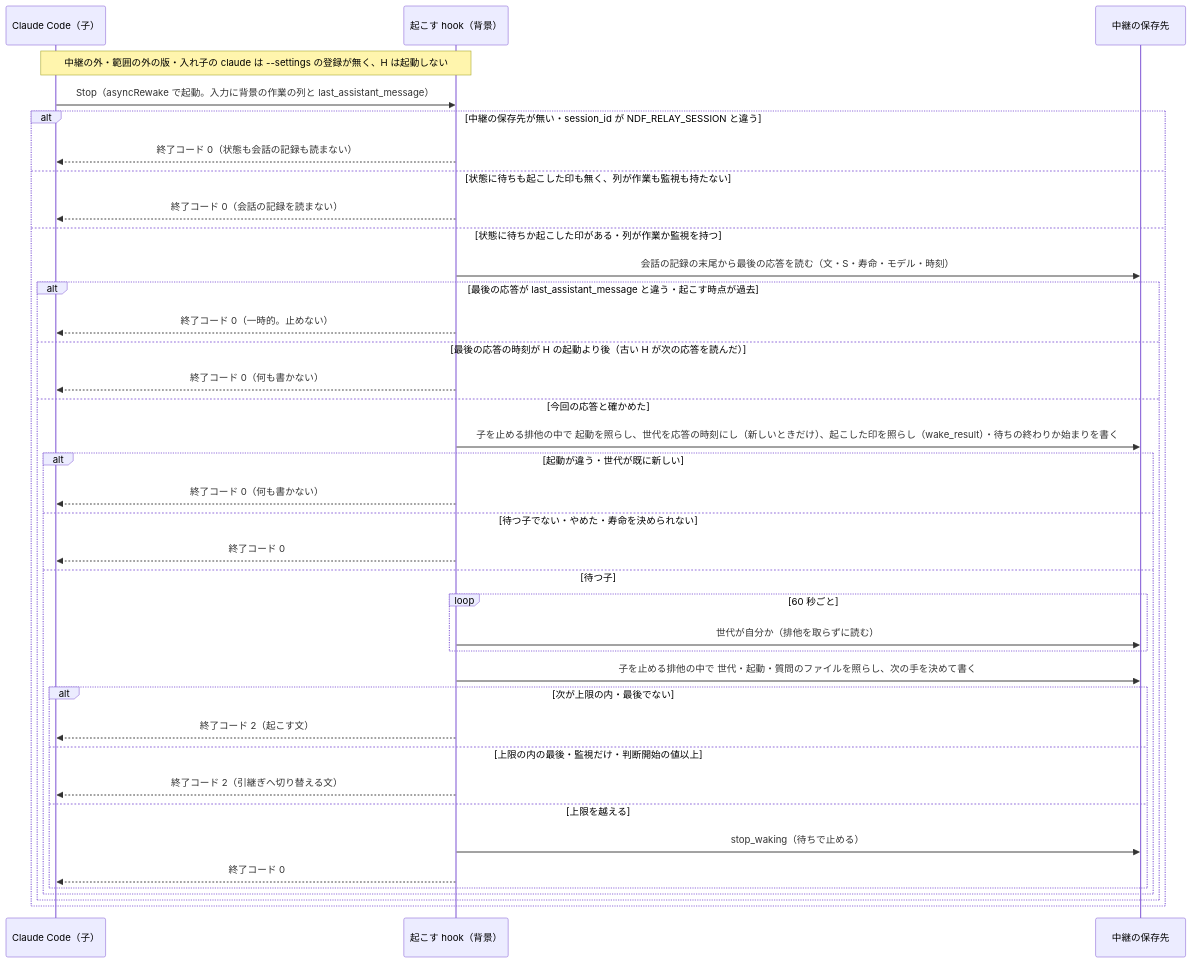
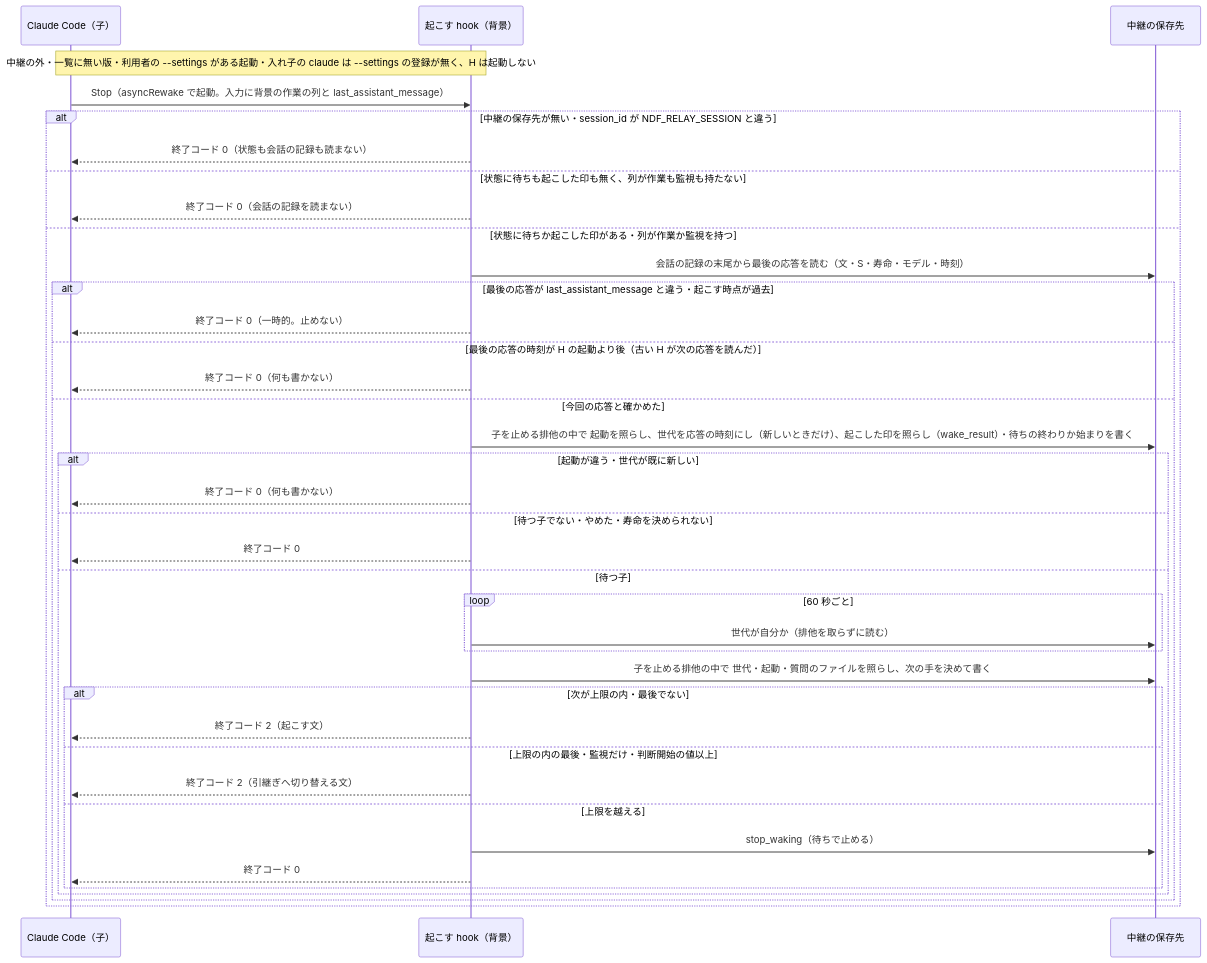
Before and after one commit to devbasex/ai-plugins: the second of 2 diagrams in issues/issue-4068-design.md, drawn with Mermaid. The commit also changed other lines of this file and 1 other file, not shown here.

Commit message:
Docs: 起こす hook を実測に通った版の一覧との完全一致でだけ働かせ、利用者の --settings があれば登録を足さないよう #4068 の設計を直す（cross-review の指摘）

````diff
--- a/issues/issue-4068-design.md
+++ b/issues/issue-4068-design.md
@@ -98,40 +98,40 @@
 ```mermaid
 sequenceDiagram
   participant CC as Claude Code（子）
   participant H as 起こす hook（背景）
   participant F as 中継の保存先
-  Note over CC,H: 中継の外・範囲の外の版・入れ子の claude は --settings の登録が無く、H は起動しない
+  Note over CC,H: 中継の外・一覧に無い版・利用者の --settings がある起動・入れ子の claude は --settings の登録が無く、H は起動しない
   CC->>H: Stop（asyncRewake で起動。入力に背景の作業の列と last_assistant_message）
   alt 中継の保存先が無い・session_id が NDF_RELAY_SESSION と違う
     H-->>CC: 終了コード 0（状態も会話の記録も読まない）
   else 状態に待ちも起こした印も無く、列が作業も監視も持たない
     H-->>CC: 終了コード 0（会話の記録を読まない）
   else 状態に待ちか起こした印がある・列が作業か監視を持つ
     H->>F: 会話の記録の末尾から最後の応答を読む（文・S・寿命・モデル・時刻）
     alt 最後の応答が last_assistant_message と違う・起こす時点が過去
       H-->>CC: 終了コード 0（一時的。止めない）
     else 最後の応答の時刻が H の起動より後（古い H が次の応答を読んだ）
       H-->>CC: 終了コード 0（何も書かない）
     else 今回の応答と確かめた
       H->>F: 子を止める排他の中で 起動を照らし、世代を応答の時刻にし（新しいときだけ）、起こした印を照らし（wake_result）・待ちの終わりか始まりを書く
       alt 起動が違う・世代が既に新しい
         H-->>CC: 終了コード 0（何も書かない）
       else 待つ子でない・やめた・寿命を決められない
         H-->>CC: 終了コード 0
       else 待つ子
         loop 60 秒ごと
           H->>F: 世代が自分か（排他を取らずに読む）
         end
         H->>F: 子を止める排他の中で 世代・起動・質問のファイルを照らし、次の手を決めて書く
         alt 次が上限の内・最後でない
           H-->>CC: 終了コード 2（起こす文）
         else 上限の内の最後・監視だけ・判断開始の値以上
           H-->>CC: 終了コード 2（引継ぎへ切り替える文）
         else 上限を越える
           H->>F: stop_waking（待ちで止める）
           H-->>CC: 終了コード 0
         end
       end
     end
   end
 ```
````
